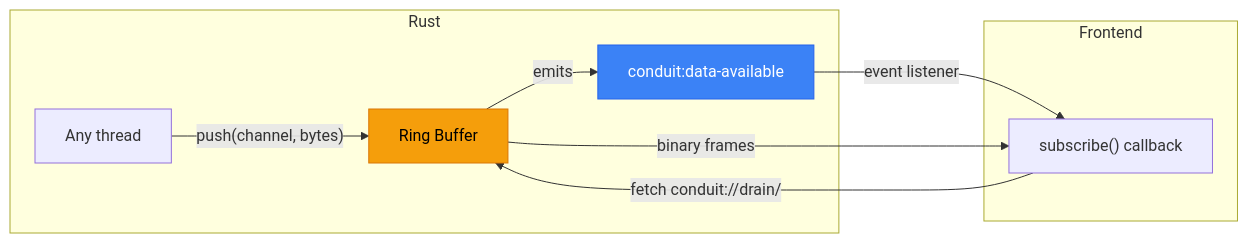
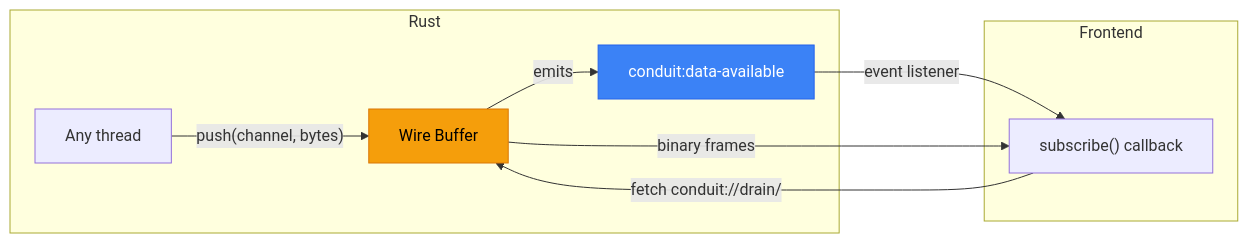
The first of 4 diagrams in README.md (userFRM/tauri-conduit), drawn with Mermaid before and after one commit. The commit also changed other lines of this file and 5 other files, not shown here.

First line of the commit message:
docs: integrate charts into README, replace mermaid architecture with Gemini 4K image

````diff
--- a/README.md
+++ b/README.md
@@ -236,16 +169,16 @@
 ```mermaid
 flowchart LR
     subgraph Rust
-        P["Any thread"] -- "push(channel, bytes)" --> RB["Ring Buffer"]
+        P["Any thread"] -- "push(channel, bytes)" --> RB["Wire Buffer"]
         RB -- "emits" --> EV["conduit:data-available"]
     end
 
     subgraph Frontend
         EV -- "event listener" --> S["subscribe() callback"]
         S -- "fetch conduit://drain/" --> RB
         RB -- "binary frames" --> S
     end
 
     style RB fill:#f59e0b,stroke:#d97706,color:#000
     style EV fill:#3b82f6,stroke:#2563eb,color:#fff
 ```
````
